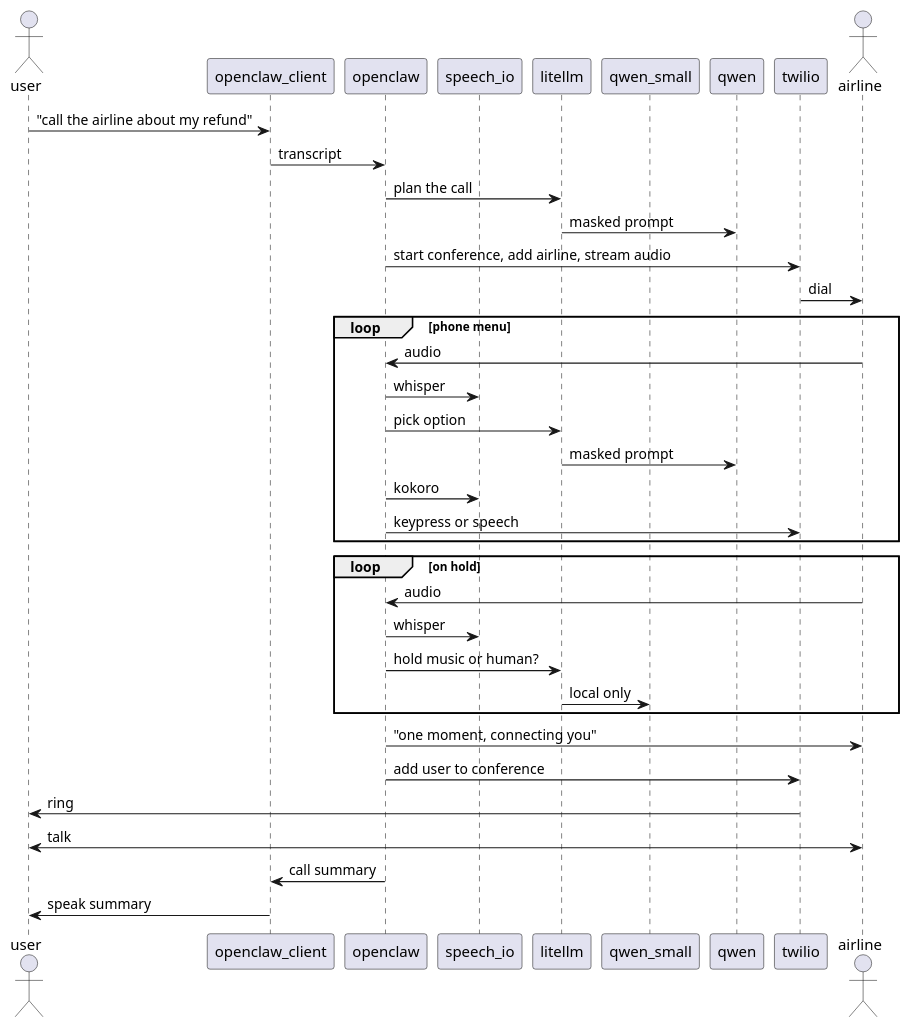
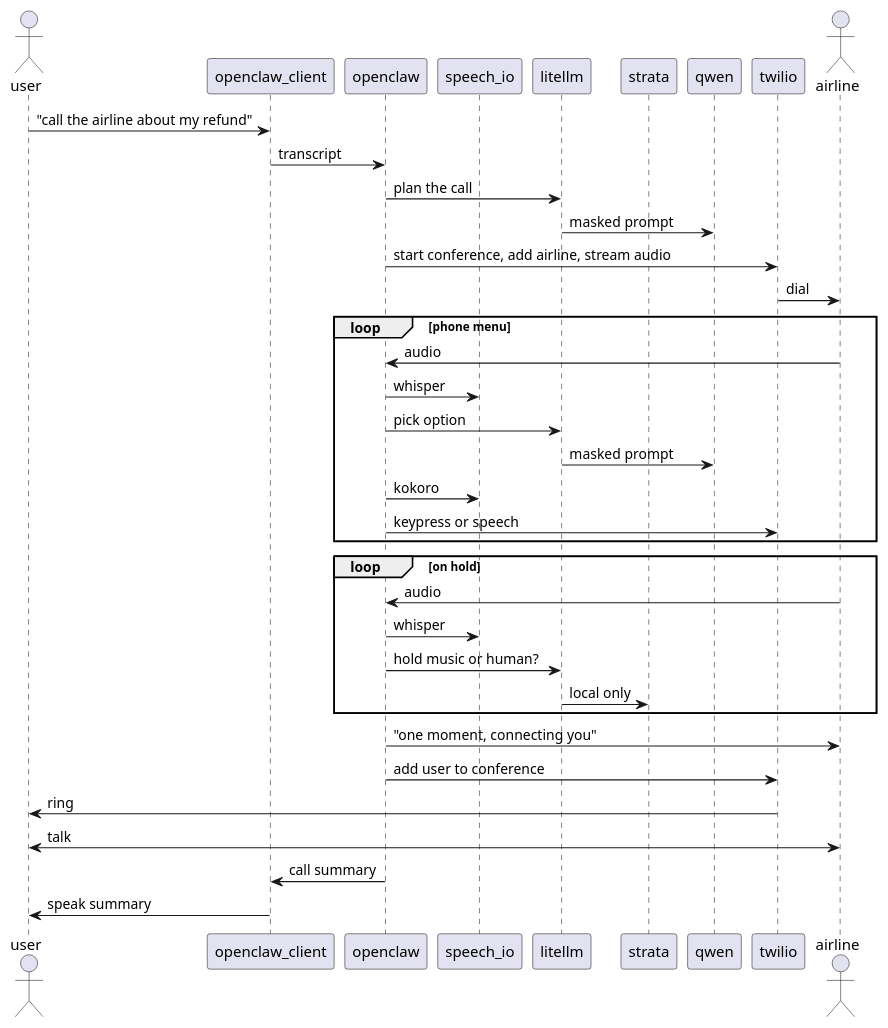
One commit to joenarvaez/negotium changed the second of 6 diagrams in readme.md. Above: the diagram before and after it, drawn with PlantUML. The commit also changed other lines of this file and 15 other files, not shown here.

````diff
--- a/readme.md
+++ b/readme.md
@@ -68,41 +66,41 @@
 ```plantuml
 actor user
 participant openclaw_client
 participant openclaw
 participant speech_io
 participant litellm
-participant qwen_small
+participant strata
 participant qwen
 participant twilio
 actor airline
 
 user -> openclaw_client : "call the airline about my refund"
 openclaw_client -> openclaw : transcript
 openclaw -> litellm : plan the call
 litellm -> qwen : masked prompt
 openclaw -> twilio : start conference, add airline, stream audio
 twilio -> airline : dial
 
 loop phone menu
     airline -> openclaw : audio
     openclaw -> speech_io : whisper
     openclaw -> litellm : pick option
     litellm -> qwen : masked prompt
     openclaw -> speech_io : kokoro
     openclaw -> twilio : keypress or speech
 end
 
 loop on hold
     airline -> openclaw : audio
     openclaw -> speech_io : whisper
     openclaw -> litellm : hold music or human?
-    litellm -> qwen_small : local only
+    litellm -> strata : local only
 end
 
 openclaw -> airline : "one moment, connecting you"
 openclaw -> twilio : add user to conference
 twilio -> user : ring
 user <-> airline : talk
 openclaw -> openclaw_client : call summary
 openclaw_client -> user : speak summary
 ```
````
